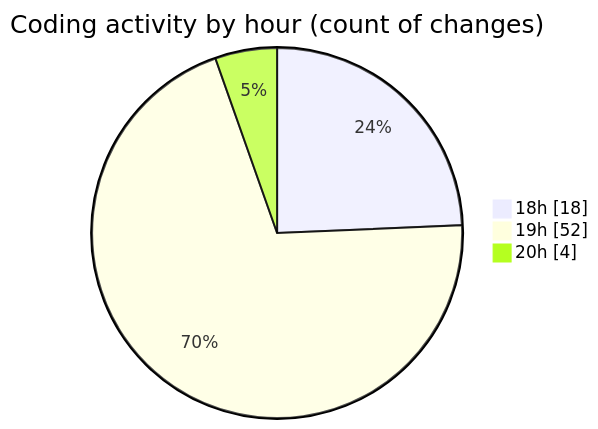
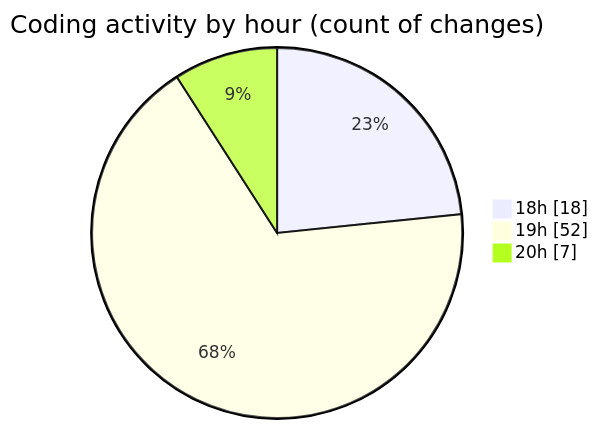
Before and after one commit to ernivani/code-tracking: the second of 2 diagrams in 2025-01-03/my-code-activity-ext/README.md, drawn with Mermaid. The commit also changed other lines of this file and 6 other files, not shown here.

````diff
--- a/2025-01-03/my-code-activity-ext/README.md
+++ b/2025-01-03/my-code-activity-ext/README.md
@@ -45,7 +45,7 @@
 ```mermaid
 pie showData
 title Coding activity by hour (count of changes)
 "18h" : 18
 "19h" : 52
-"20h" : 4
+"20h" : 7
 ```
````
